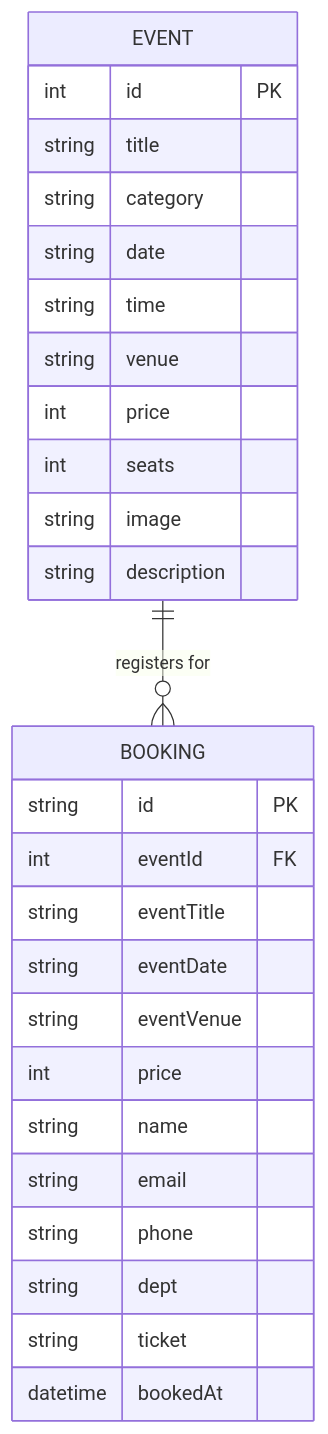
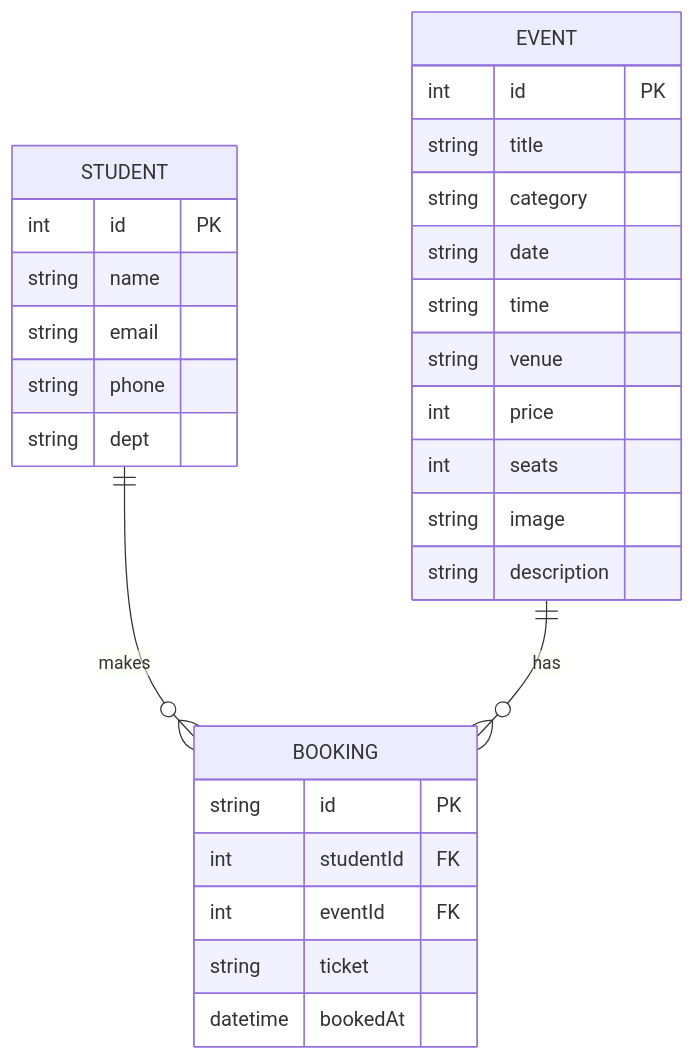
Before and after one commit to itzrnvr/eduevents: the diagram in ER-DIAGRAM.md, drawn with Mermaid. The commit also changed other lines of this file, not shown here.

Commit message:
Simplify ER diagram to honest 3-entity model (Student, Event, Booking)

````diff
--- a/ER-DIAGRAM.md
+++ b/ER-DIAGRAM.md
@@ -89,30 +8,32 @@
 ```mermaid
 erDiagram
-    EVENT ||--o{ BOOKING : "registers for"
+    STUDENT ||--o{ BOOKING : "makes"
+    EVENT ||--o{ BOOKING : "has"
+
+    STUDENT {
+        int id PK
+        string name
+        string email
+        string phone
+        string dept
+    }
     EVENT {
         int id PK
         string title
         string category
         string date
         string time
         string venue
         int price
         int seats
         string image
         string description
     }
     BOOKING {
         string id PK
+        int studentId FK
         int eventId FK
-        string eventTitle
-        string eventDate
-        string eventVenue
-        int price
-        string name
-        string email
-        string phone
-        string dept
         string ticket
         datetime bookedAt
     }
 ```
````
